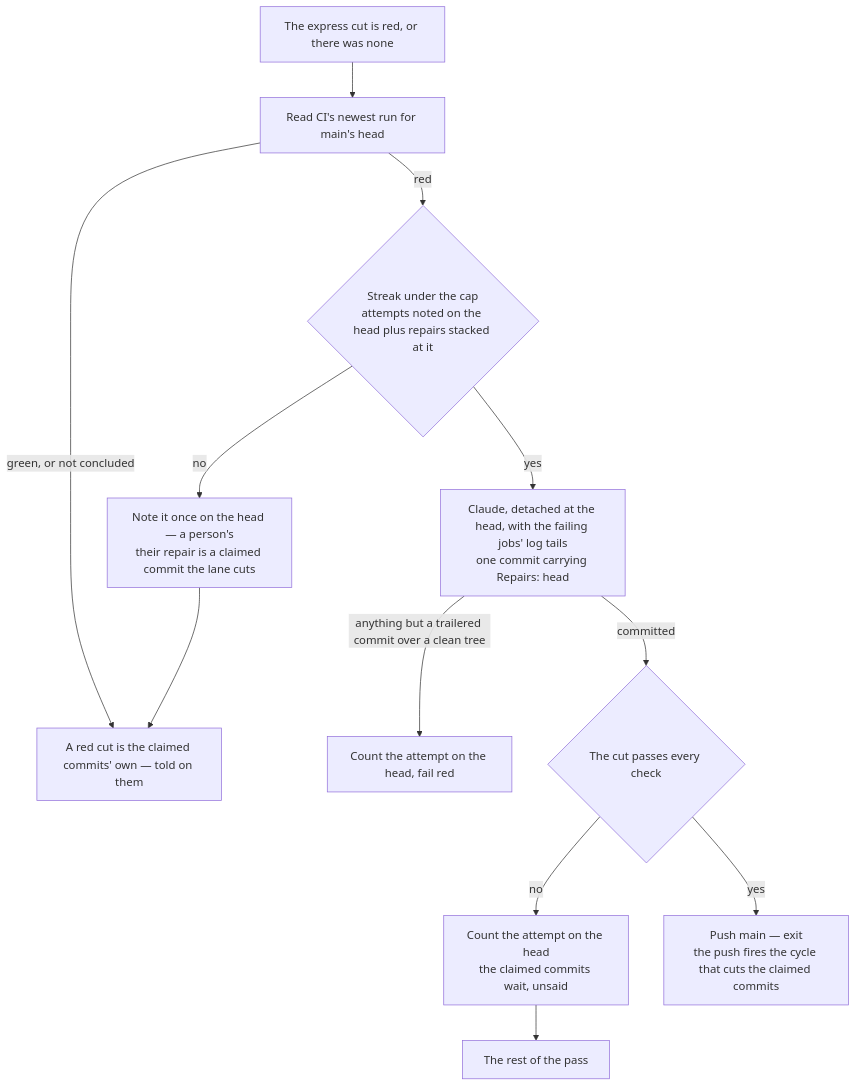
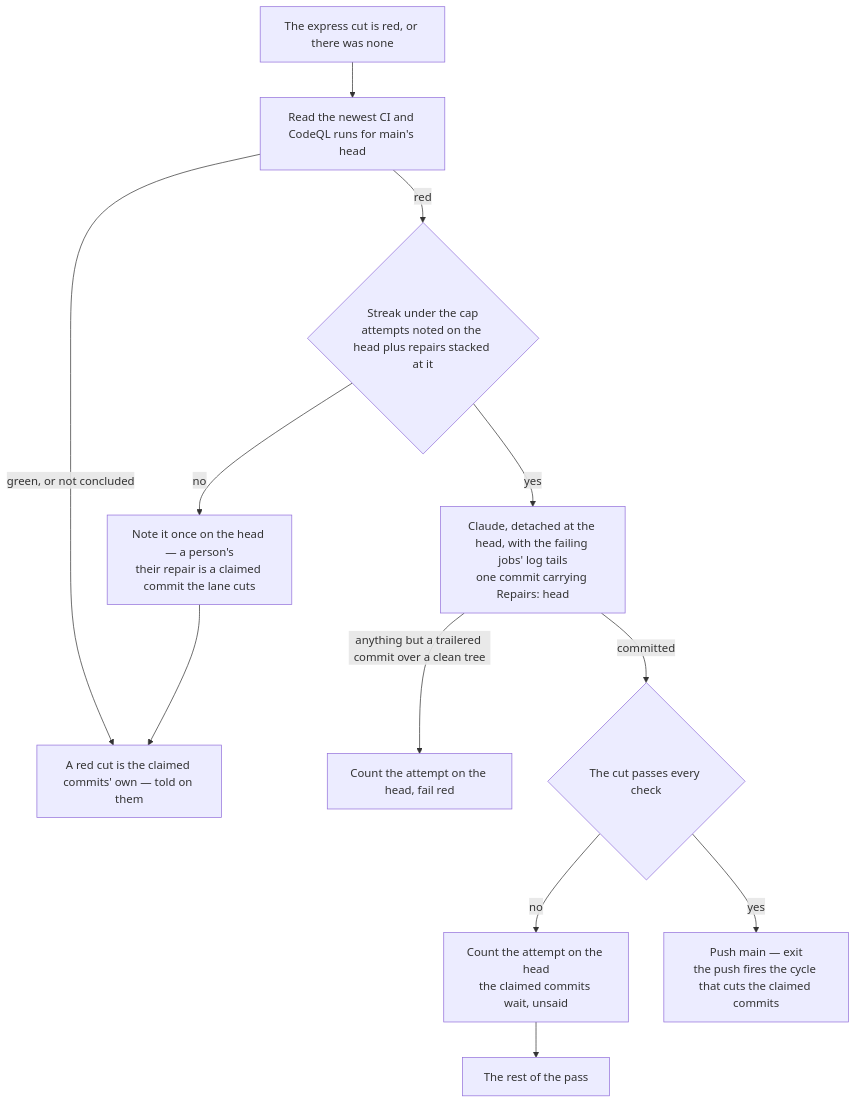
Before and after one commit to Esposter/Esposter: the diagram in apps/web/content/docs/infra/review-collector/repair.md, drawn with Mermaid. The commit also changed other lines of this file and 11 other files, not shown here.

First line of the commit message:
feat(coderabbit): an open CodeQL alert is a red main the repairer answers

````diff
--- a/apps/web/content/docs/infra/review-collector/repair.md
+++ b/apps/web/content/docs/infra/review-collector/repair.md
@@ -12,12 +12,12 @@
 ```mermaid
 flowchart TD
-  E[The express cut is red, or there was none] --> R[Read CI's newest run for main's head]
+  E[The express cut is red, or there was none] --> R[Read the newest CI and CodeQL runs for main's head]
   R -->|green, or not concluded| L[A red cut is the claimed commits' own — told on them]
   R -->|red| S{Streak under the cap<br/>attempts noted on the head plus repairs stacked at it}
   S -->|no| P[Note it once on the head — a person's<br/>their repair is a claimed commit the lane cuts] --> L
   S -->|yes| C[Claude, detached at the head, with the failing jobs' log tails<br/>one commit carrying Repairs: head]
   C -->|anything but a trailered commit over a clean tree| F[Count the attempt on the head, fail red]
   C -->|committed| V{The cut passes every check}
   V -->|no| N[Count the attempt on the head<br/>the claimed commits wait, unsaid] --> L2[The rest of the pass]
   V -->|yes| PU[Push main — exit<br/>the push fires the cycle that cuts the claimed commits]
 ```
````
